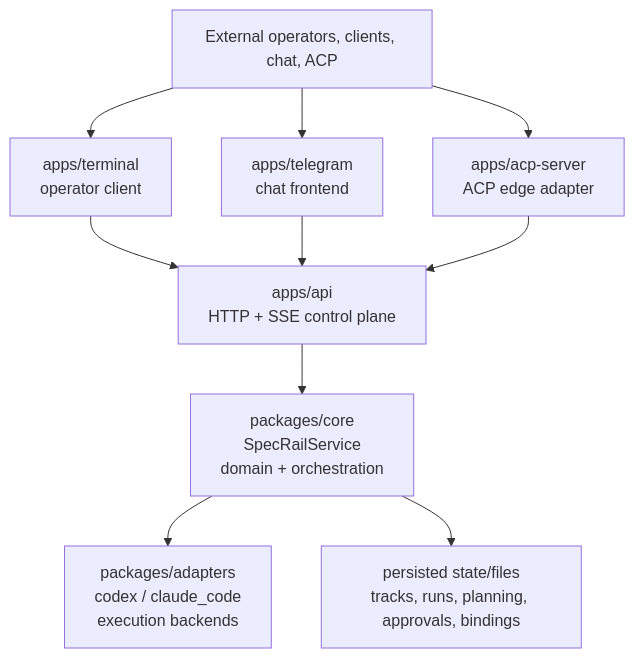
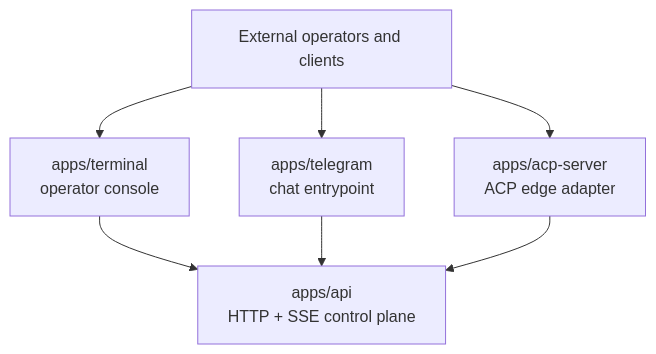
The first of 5 diagrams in docs/architecture/client-surfaces-and-structure.md (yoophi-a/specrail), drawn with Mermaid before and after one commit. The commit also changed other lines of this file, not shown here.

Commit message:
docs: split client structure into focused mermaid charts

````diff
--- a/docs/architecture/client-surfaces-and-structure.md
+++ b/docs/architecture/client-surfaces-and-structure.md
@@ -166,25 +168,22 @@
 ```mermaid
 flowchart TD
-    ext[External operators, clients, chat, ACP]
+    ext[External operators and clients]
 
-    terminal[apps/terminal<br/>operator client]
-    telegram[apps/telegram<br/>chat frontend]
-    acp[apps/acp-server<br/>ACP edge adapter]
+    terminal[apps/terminal
+operator console]
+    telegram[apps/telegram
+chat entrypoint]
+    acp[apps/acp-server
+ACP edge adapter]
 
-    api[apps/api<br/>HTTP + SSE control plane]
-    core[packages/core<br/>SpecRailService<br/>domain + orchestration]
-    adapters[packages/adapters<br/>codex / claude_code<br/>execution backends]
-    state[persisted state/files<br/>tracks, runs, planning, approvals, bindings]
+    api[apps/api
+HTTP + SSE control plane]
 
     ext --> terminal
     ext --> telegram
     ext --> acp
 
     terminal --> api
     telegram --> api
     acp --> api
-
-    api --> core
-    core --> adapters
-    core --> state
 ```
````
